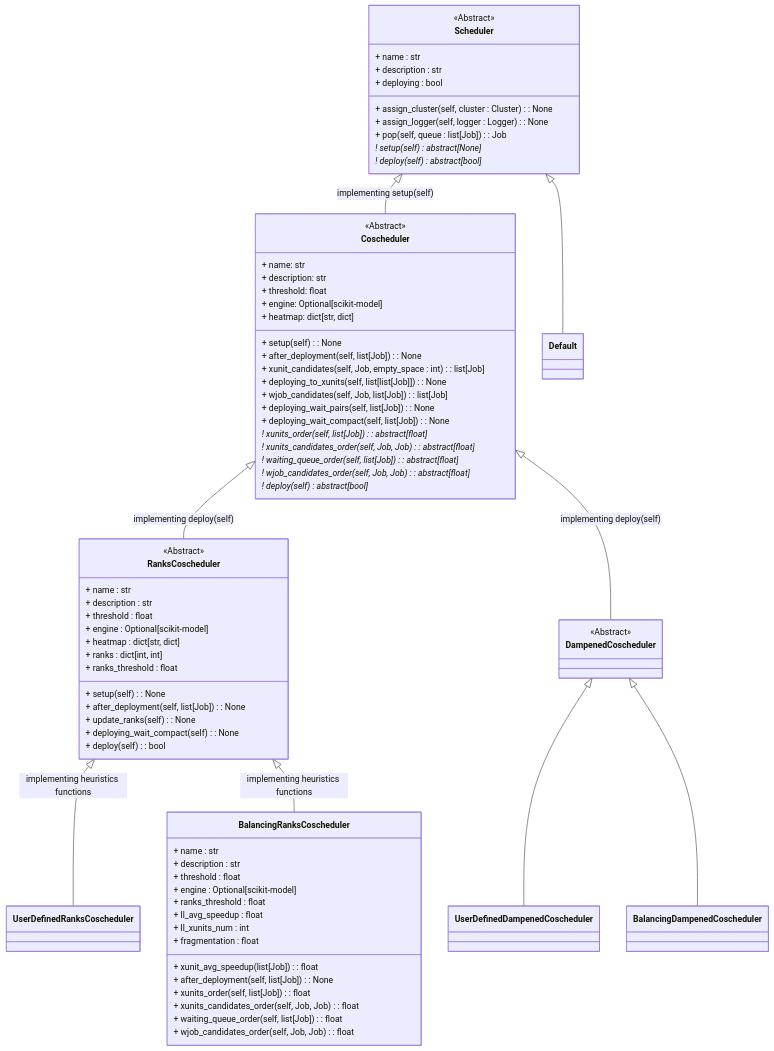
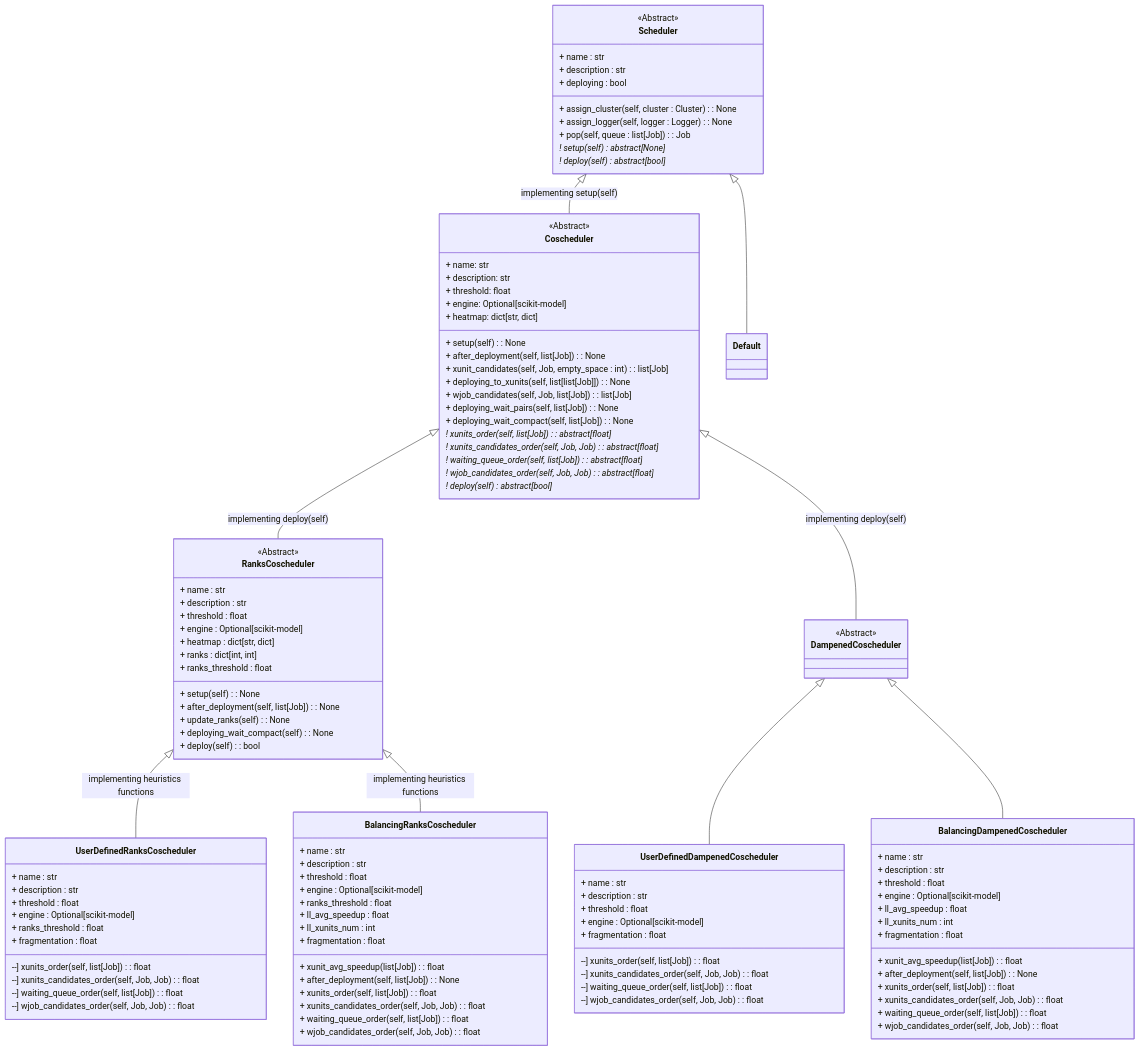
Before and after one commit to nikosT/HPC-Simulator: the diagram in framework/realsim/scheduler/README.md, drawn with Mermaid. The commit also changed 3 other files, not shown here.

```diff
--- a/framework/realsim/scheduler/README.md
+++ b/framework/realsim/scheduler/README.md
@@ -70,6 +70,18 @@
     }
 
     class UserDefinedRanksCoscheduler{
+
+        + name : str
+        + description : str
+        + threshold : float
+        + engine : Optional[scikit-model]
+        + ranks_threshold : float
+        + fragmentation : float
+
+        --] xunits_order(self, list[Job]) : float
+        --] xunits_candidates_order(self, Job, Job) : float
+        --] waiting_queue_order(self, list[Job]) : float
+        --] wjob_candidates_order(self, Job, Job) : float
         
     }
 
@@ -94,10 +106,36 @@
     }
 
     class UserDefinedDampenedCoscheduler{
+
+        + name : str
+        + description : str
+        + threshold : float
+        + engine : Optional[scikit-model]
+        + fragmentation : float
+
+        --] xunits_order(self, list[Job]) : float
+        --] xunits_candidates_order(self, Job, Job) : float
+        --] waiting_queue_order(self, list[Job]) : float
+        --] wjob_candidates_order(self, Job, Job) : float
         
     }
 
     class BalancingDampenedCoscheduler{
+
+        + name : str
+        + description : str
+        + threshold : float
+        + engine : Optional[scikit-model]
+        + ll_avg_speedup : float
+        + ll_xunits_num : int
+        + fragmentation : float
+
+        + xunit_avg_speedup(list[Job]) : float
+        + after_deployment(self, list[Job]) : None
+        + xunits_order(self, list[Job]) : float
+        + xunits_candidates_order(self, Job, Job) : float
+        + waiting_queue_order(self, list[Job]) : float
+        + wjob_candidates_order(self, Job, Job) : float
         
     }
 
```
